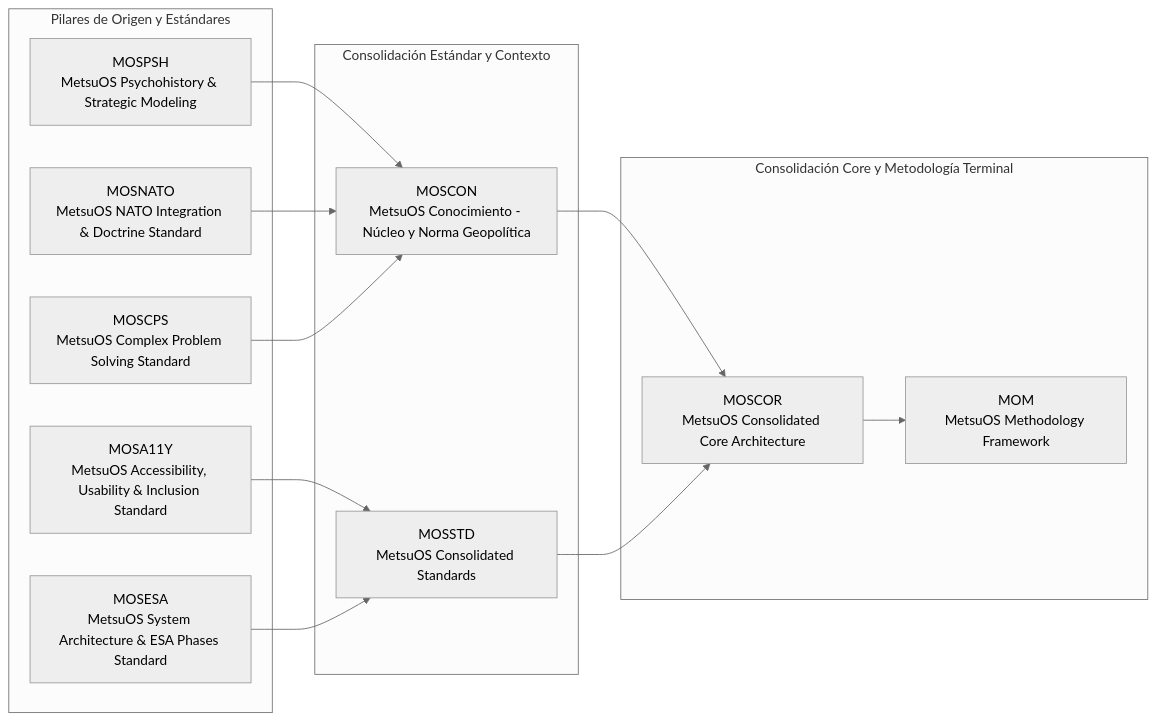
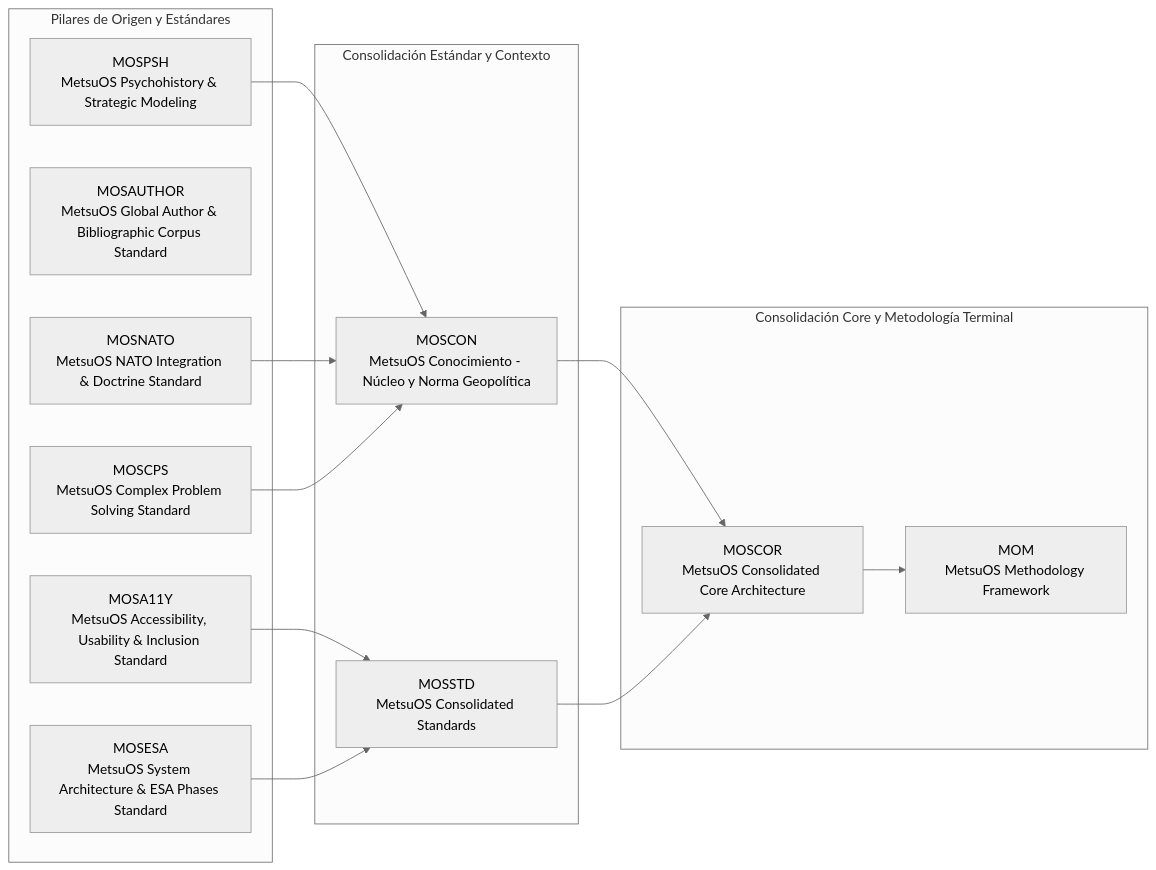
The diagram in README.md (metsuke/mom), drawn with Mermaid (neutral theme) before and after one commit. The commit also changed 26 other files, not shown here.

````diff
--- a/README.md
+++ b/README.md
@@ -88,29 +88,30 @@
 ```mermaid
 graph LR
     subgraph Capa_Origen [Pilares de Origen y Estándares]
         MOSA11Y["MOSA11Y<br/>MetsuOS Accessibility, Usability & Inclusion Standard"]
+        MOSAUTHOR["MOSAUTHOR<br/>MetsuOS Global Author & Bibliographic Corpus Standard"]
         MOSCPS["MOSCPS<br/>MetsuOS Complex Problem Solving Standard"]
         MOSESA["MOSESA<br/>MetsuOS System Architecture & ESA Phases Standard"]
         MOSNATO["MOSNATO<br/>MetsuOS NATO Integration & Doctrine Standard"]
         MOSPSH["MOSPSH<br/>MetsuOS Psychohistory & Strategic Modeling"]
     end
 
     subgraph Capa_Intermedia [Consolidación Estándar y Contexto]
         MOSCON["MOSCON<br/>MetsuOS Conocimiento - Núcleo y Norma Geopolítica"]
         MOSSTD["MOSSTD<br/>MetsuOS Consolidated Standards"]
     end
 
     subgraph Capa_Core [Consolidación Core y Metodología Terminal]
         MOSCOR["MOSCOR<br/>MetsuOS Consolidated Core Architecture"]
         MOM["MOM<br/>MetsuOS Methodology Framework"]
     end
 
     MOSCOR --> MOM
     MOSPSH --> MOSCON
     MOSNATO --> MOSCON
     MOSCPS --> MOSCON
     MOSCON --> MOSCOR
     MOSSTD --> MOSCOR
     MOSA11Y --> MOSSTD
     MOSESA --> MOSSTD
 ```
````
